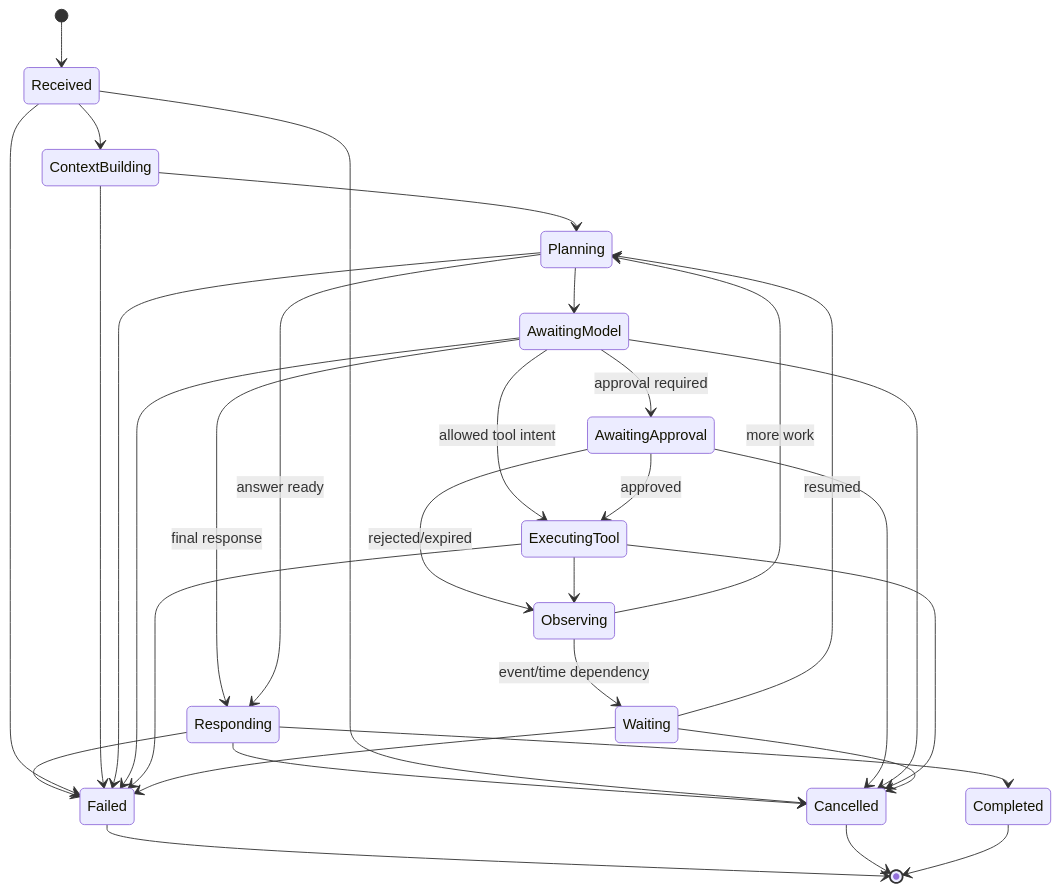
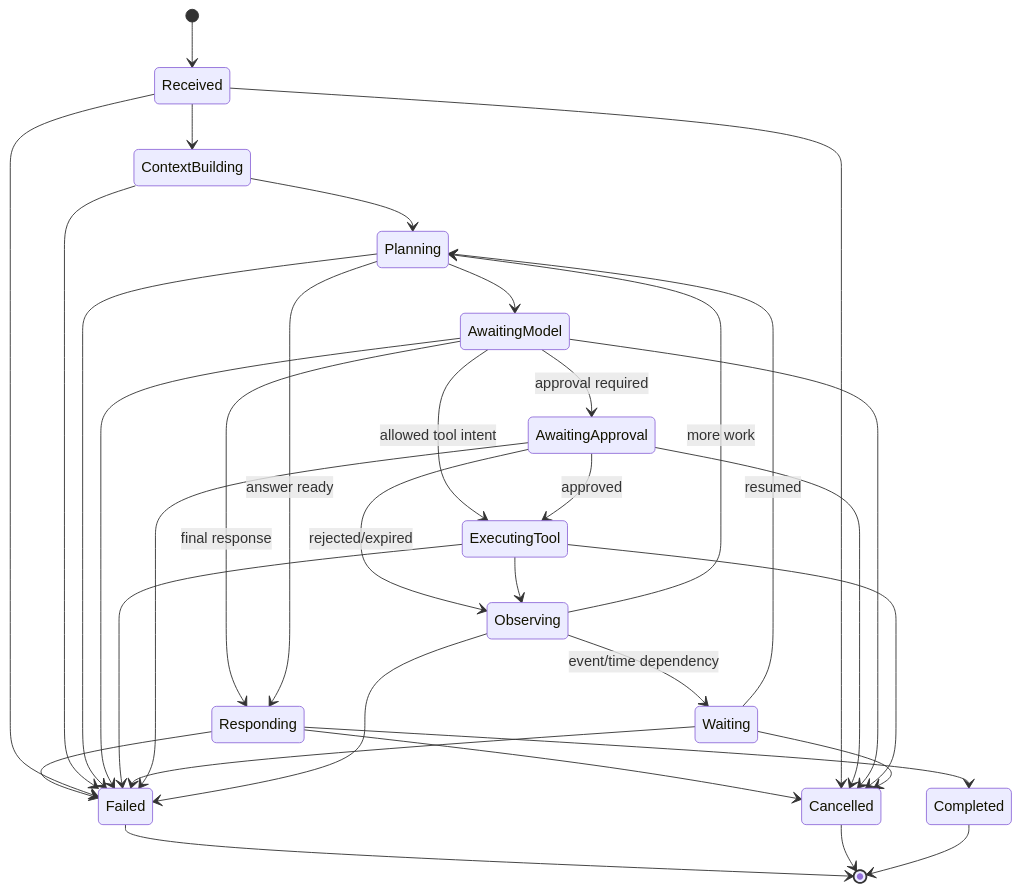
The diagram in docs/architecture/agent-runtime.md (props-nothing/JARVIS), drawn with Mermaid before and after one commit. The commit also changed other lines of this file and 17 other files, not shown here.

````diff
--- a/docs/architecture/agent-runtime.md
+++ b/docs/architecture/agent-runtime.md
@@ -19,34 +19,36 @@
 ```mermaid
 stateDiagram-v2
     [*] --> Received
     Received --> ContextBuilding
     ContextBuilding --> Planning
     Planning --> AwaitingModel
     AwaitingModel --> Responding: final response
     AwaitingModel --> ExecutingTool: allowed tool intent
     AwaitingModel --> AwaitingApproval: approval required
     AwaitingApproval --> ExecutingTool: approved
     AwaitingApproval --> Observing: rejected/expired
     ExecutingTool --> Observing
     Observing --> Planning: more work
     Observing --> Waiting: event/time dependency
     Waiting --> Planning: resumed
     Planning --> Responding: answer ready
     Responding --> Completed
     Responding --> Failed
     Responding --> Cancelled
     Received --> Cancelled
     Received --> Failed
     ContextBuilding --> Failed
     Planning --> Failed
     AwaitingModel --> Failed
     ExecutingTool --> Failed
     Waiting --> Failed
     AwaitingApproval --> Cancelled
+    AwaitingApproval --> Failed
+    Observing --> Failed
     AwaitingModel --> Cancelled
     ExecutingTool --> Cancelled
     Waiting --> Cancelled
     Failed --> [*]
     Cancelled --> [*]
     Completed --> [*]
 ```
````
